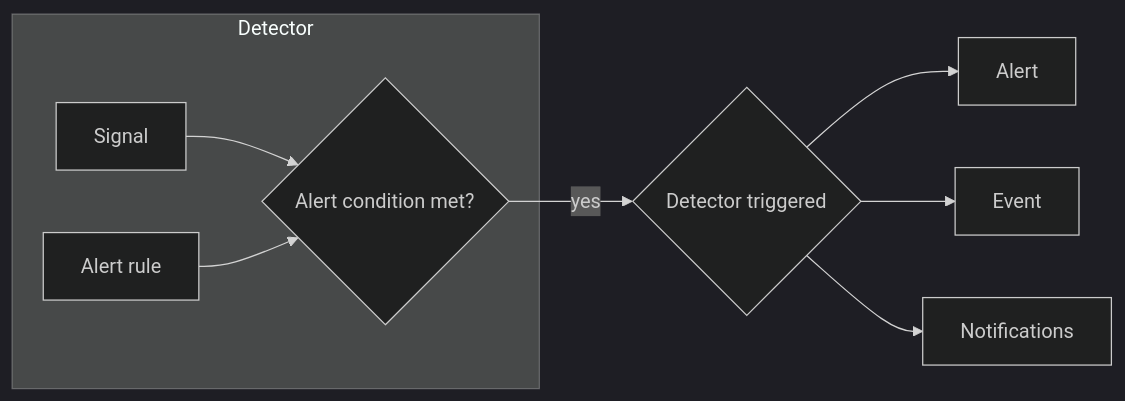
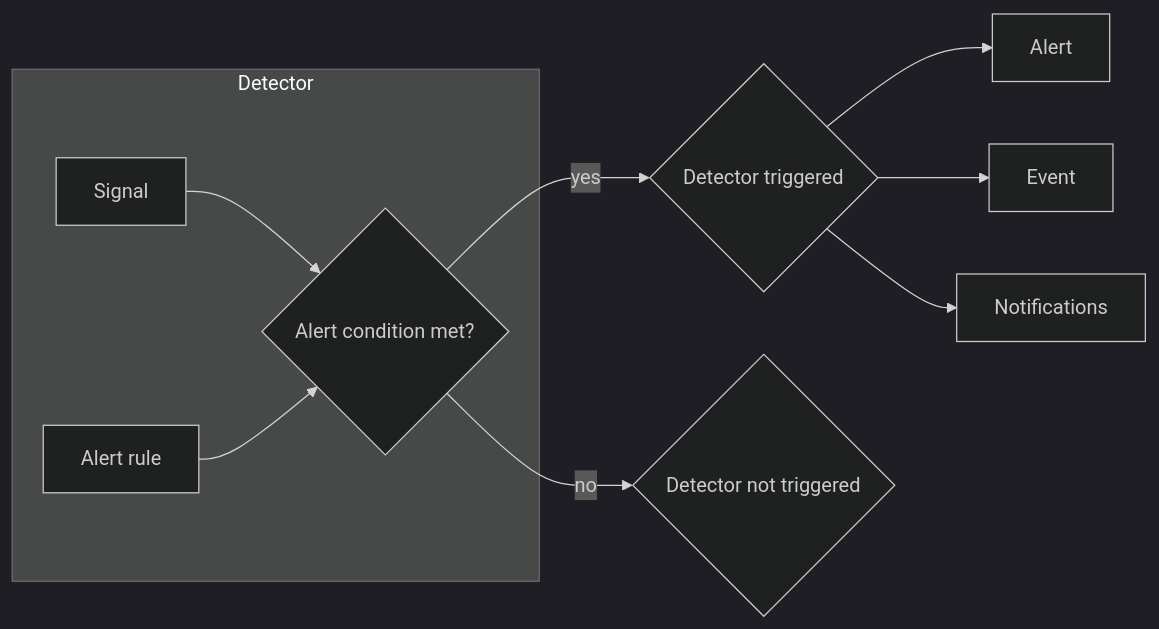
The diagram in alerts-detectors-notifications/alerts-detectors-notifications.rst (splunk/public-o11y-docs), drawn with Mermaid (dark theme) before and after one commit.

Commit message:
detector not triggered option

```diff
--- a/alerts-detectors-notifications/alerts-detectors-notifications.rst
+++ b/alerts-detectors-notifications/alerts-detectors-notifications.rst
@@ -85,11 +85,12 @@
 .. mermaid:: 
   
   flowchart LR
       subgraph Detector
       Signal --> A{Alert condition met?}
       B[Alert rule] --> A
       end
       A -- yes --> D{Detector triggered}
+      A -- no --> E{Detector not triggered}
       D --> Alert
       D --> Event
       D --> Notifications
```
